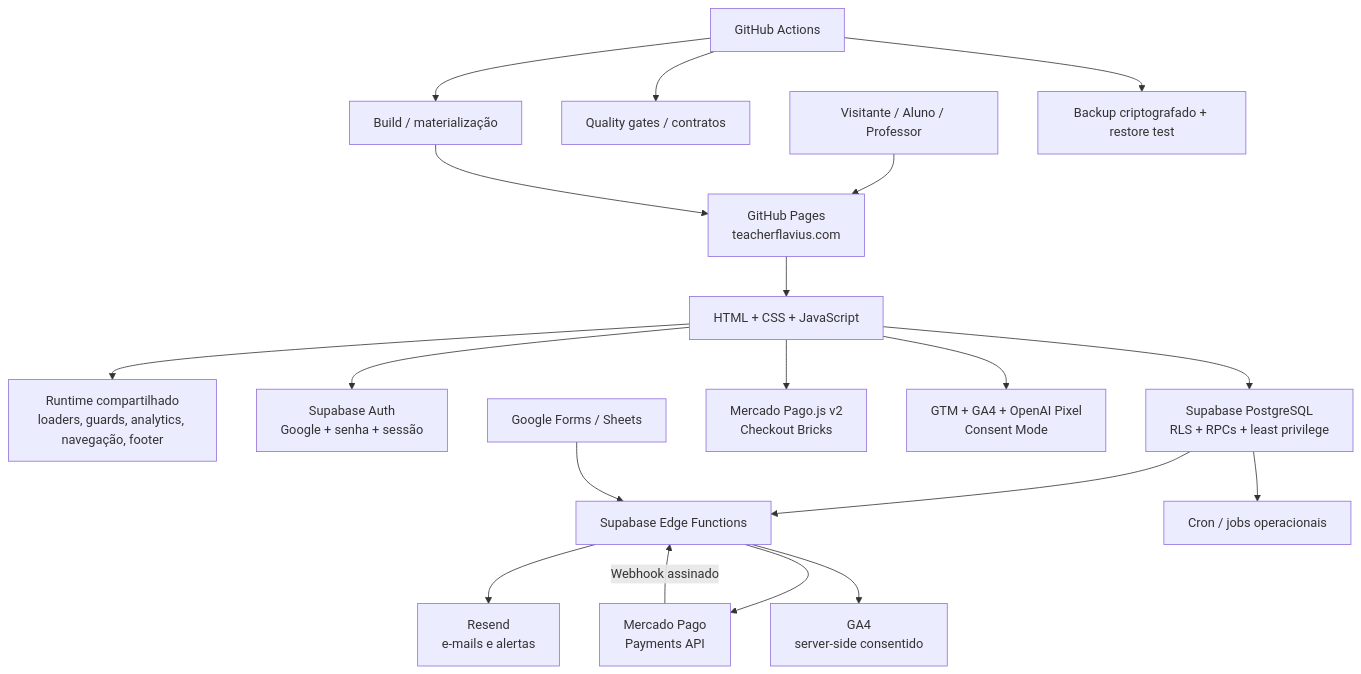
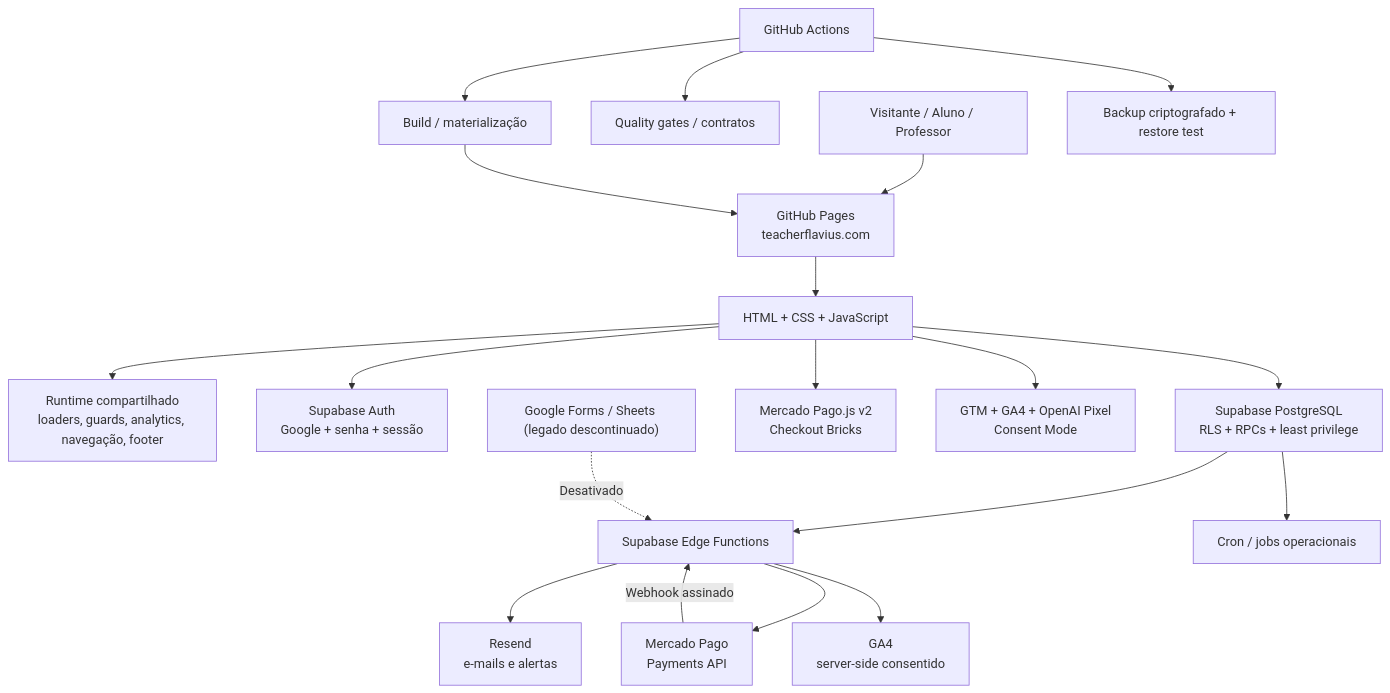
The diagram in README.md (Zoqvera/teacherflavius), drawn with Mermaid before and after one commit. The commit also changed other lines of this file and 17 other files, not shown here.

First line of the commit message:
Descontinuar Google Forms — atualização limpa a partir da main (#866)

````diff
--- a/README.md
+++ b/README.md
@@ -36,24 +36,24 @@
 ```mermaid
 flowchart TB
   User["Visitante / Aluno / Professor"] --> Pages["GitHub Pages\nteacherflavius.com"]
   Pages --> Browser["HTML + CSS + JavaScript"]
 
   Browser --> Runtime["Runtime compartilhado\nloaders, guards, analytics, navegação, footer"]
   Browser --> Auth["Supabase Auth\nGoogle + senha + sessão"]
   Browser --> Database["Supabase PostgreSQL\nRLS + RPCs + least privilege"]
   Browser --> MercadoPagoJS["Mercado Pago.js v2\nCheckout Bricks"]
   Browser --> Analytics["GTM + GA4 + OpenAI Pixel\nConsent Mode"]
 
   Database --> Functions["Supabase Edge Functions"]
   Database --> Cron["Cron / jobs operacionais"]
   Functions --> Resend["Resend\ne-mails e alertas"]
   Functions --> MercadoPagoAPI["Mercado Pago\nPayments API"]
   Functions --> GA4["GA4\nserver-side consentido"]
   MercadoPagoAPI -->|"Webhook assinado"| Functions
-  Forms["Google Forms / Sheets"] --> Functions
+  Forms["Google Forms / Sheets (legado descontinuado)"] -.->|"Desativado"| Functions
 
   Actions["GitHub Actions"] --> Quality["Quality gates / contratos"]
   Actions --> Build["Build / materialização"]
   Actions --> Backup["Backup criptografado + restore test"]
   Build --> Pages
 ```
````
